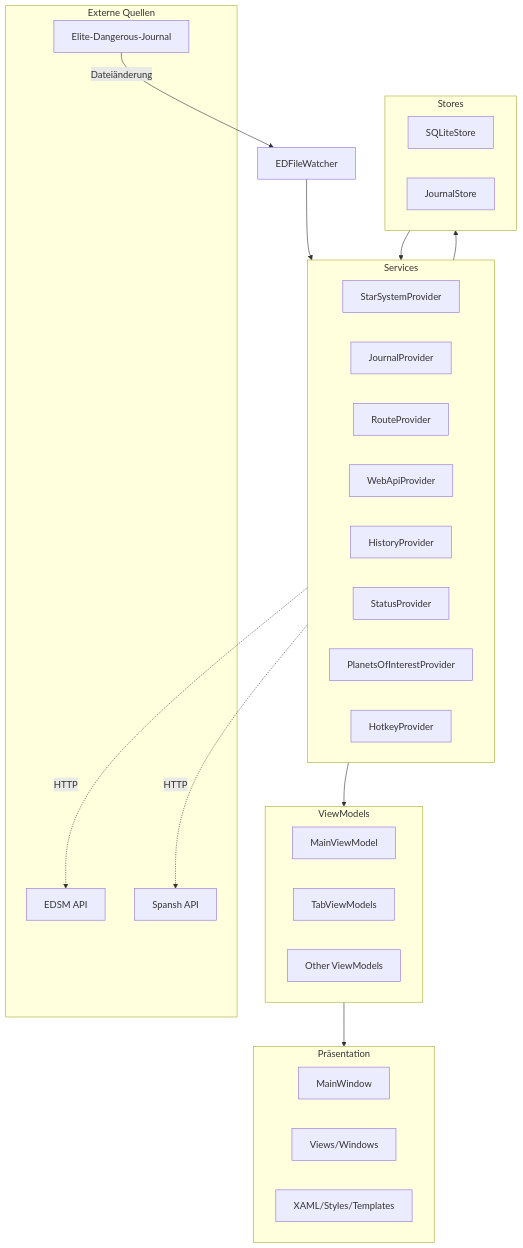
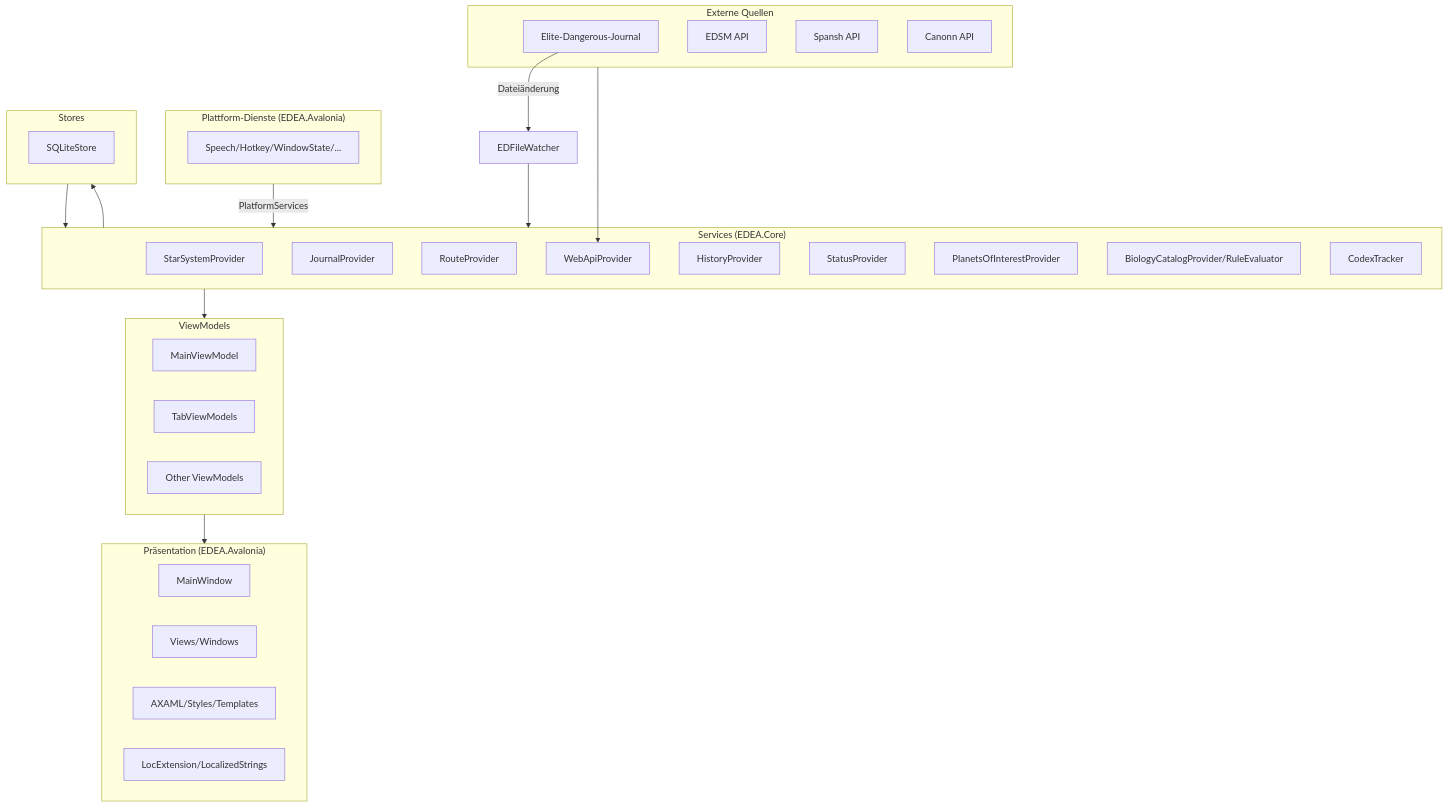
One commit to Blitzhagen/EDEA changed the diagram in doc/ARCHITECTURE.md. Above: the diagram before and after it, drawn with Mermaid. The commit also changed other lines of this file and 14 other files, not shown here.

````diff
--- a/doc/ARCHITECTURE.md
+++ b/doc/ARCHITECTURE.md
@@ -25,41 +34,46 @@
 ```mermaid
 flowchart TB
-    subgraph UI["Präsentation"]
+    subgraph UI["Präsentation (EDEA.Avalonia)"]
         MW[MainWindow]
         VW[Views/Windows]
-        X[XAML/Styles/Templates]
+        X[AXAML/Styles/Templates]
+        LOC[LocExtension/LocalizedStrings]
     end
     subgraph VM["ViewModels"]
         MVM[MainViewModel]
         TVM[TabViewModels]
         OVM[Other ViewModels]
     end
-    subgraph SVC["Services"]
+    subgraph SVC["Services (EDEA.Core)"]
         SP[StarSystemProvider]
         JP[JournalProvider]
         RP[RouteProvider]
         WP[WebApiProvider]
         HP[HistoryProvider]
         STP[StatusProvider]
         POIP[PlanetsOfInterestProvider]
-        HKP[HotkeyProvider]
+        BIO[BiologyCatalogProvider/RuleEvaluator]
+        CDX[CodexTracker]
+    end
+    subgraph PLAT["Plattform-Dienste (EDEA.Avalonia)"]
+        SPS[Speech/Hotkey/WindowState/...]
     end
     subgraph STORES["Stores"]
         SS[SQLiteStore]
-        JS[JournalStore]
     end
     subgraph EXT["Externe Quellen"]
         EDJ[Elite-Dangerous-Journal]
         EDSM[EDSM API]
         SPAN[Spansh API]
+        CAN[Canonn API]
     end
 
     EDJ -->|Dateiänderung| EF[EDFileWatcher]
     EF --> SVC
     SVC --> STORES
     STORES --> SVC
+    EXT --> WP
     SVC --> VM
+    PLAT -->|PlatformServices| SVC
     VM --> UI
-    SVC -.->|HTTP| EDSM
-    SVC -.->|HTTP| SPAN
 ```
````
